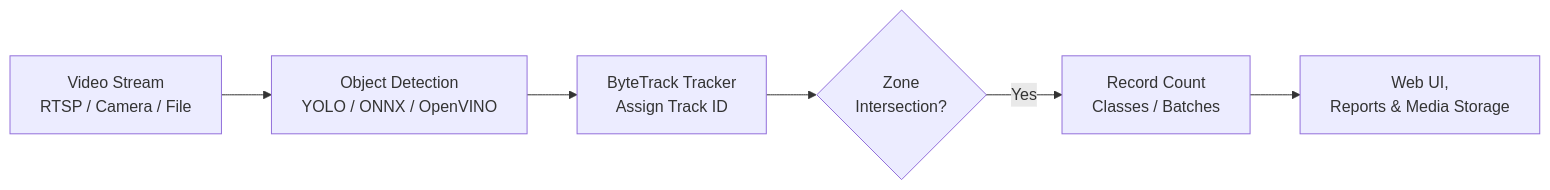
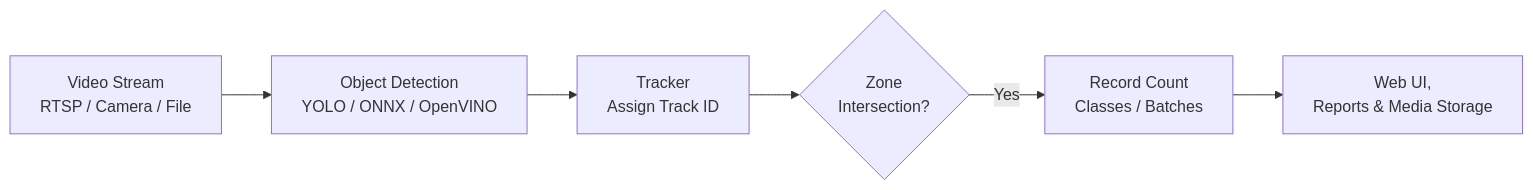
The diagram in README_EN.md (BespredeL/CVCounter), drawn with Mermaid before and after one commit. The commit also changed other lines of this file and 11 other files, not shown here.

Commit message:
docs: update documentation and wiki for multi-architecture platform

````diff
--- a/README_EN.md
+++ b/README_EN.md
@@ -47,8 +50,8 @@
 ```mermaid
 flowchart LR
     A[Video Stream<br>RTSP / Camera / File] --> B[Object Detection<br>YOLO / ONNX / OpenVINO]
-    B --> C[ByteTrack Tracker<br>Assign Track ID]
+    B --> C[Tracker<br>Assign Track ID]
     C --> D{Zone<br>Intersection?}
     D -- Yes --> E[Record Count<br>Classes / Batches]
     E --> F[Web UI,<br>Reports & Media Storage]
 ```
````
